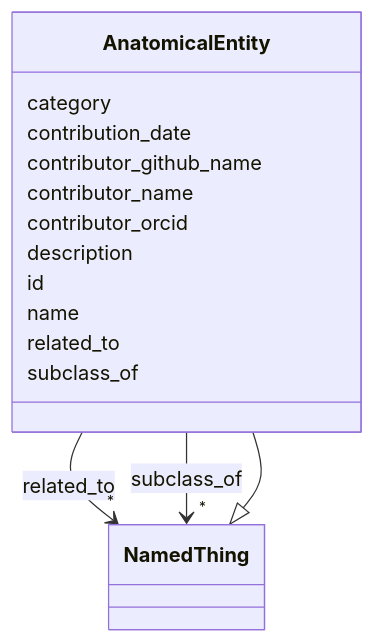
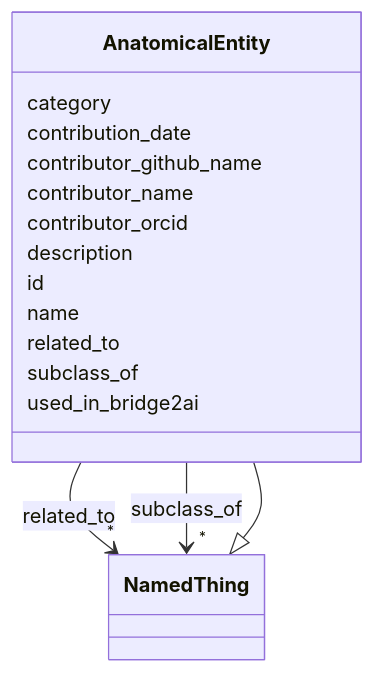
The diagram in docs/AnatomicalEntity.md (bridge2ai/standards-schemas), drawn with Mermaid before and after one commit. The commit also changed other lines of this file and 44 other files, not shown here.

````diff
--- a/docs/AnatomicalEntity.md
+++ b/docs/AnatomicalEntity.md
@@ -19,43 +19,45 @@
 ```mermaid
  classDiagram
     class AnatomicalEntity
     click AnatomicalEntity href "../AnatomicalEntity"
       NamedThing <|-- AnatomicalEntity
         click NamedThing href "../NamedThing"
       
       AnatomicalEntity : category
         
       AnatomicalEntity : contribution_date
         
       AnatomicalEntity : contributor_github_name
         
       AnatomicalEntity : contributor_name
         
       AnatomicalEntity : contributor_orcid
         
       AnatomicalEntity : description
         
       AnatomicalEntity : id
         
       AnatomicalEntity : name
         
       AnatomicalEntity : related_to
         
           
     
     
     AnatomicalEntity --> "*" NamedThing : related_to
     click NamedThing href "../NamedThing"
 
         
       AnatomicalEntity : subclass_of
         
           
     
     
     AnatomicalEntity --> "*" NamedThing : subclass_of
     click NamedThing href "../NamedThing"
 
         
+      AnatomicalEntity : used_in_bridge2ai
+        
       
 ```
````
